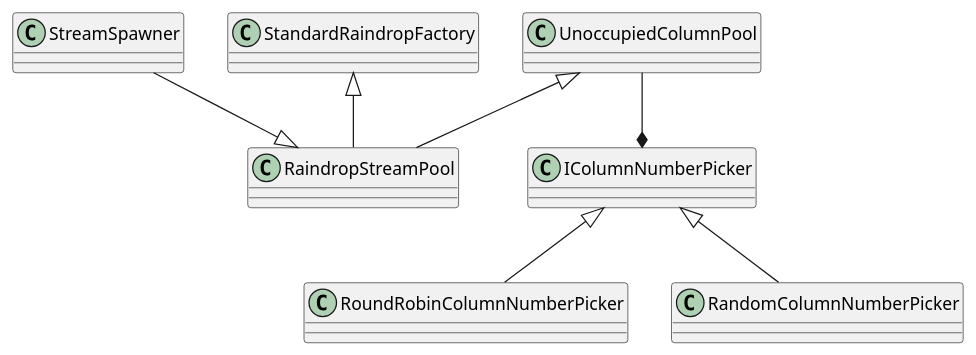
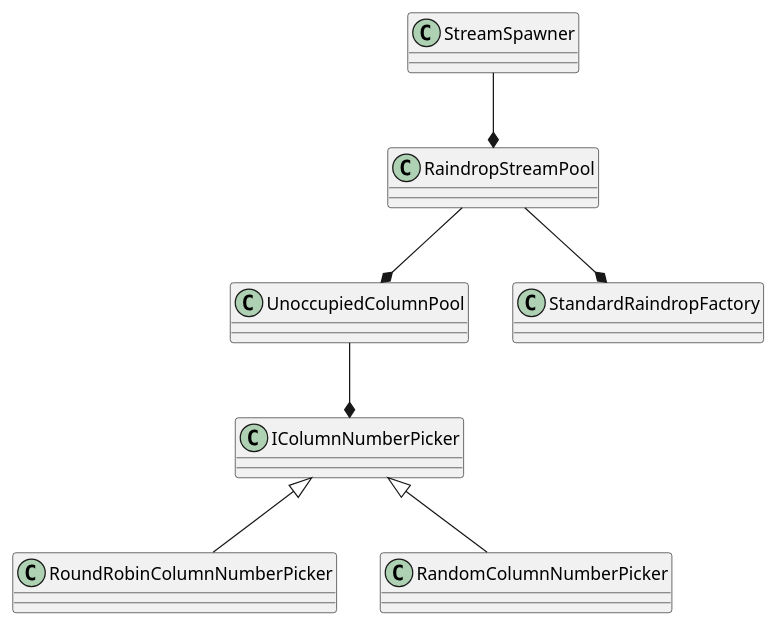
One commit to JamesComo44/DigitalRain changed the diagram in class_diagram.puml. Above: the diagram before and after it, drawn with PlantUML.

```diff
--- a/class_diagram.puml
+++ b/class_diagram.puml
@@ -1,10 +1,10 @@
 @startuml
-StreamSpawner --|> RaindropStreamPool 
+StreamSpawner --* RaindropStreamPool 
 
-UnoccupiedColumnPool <|-- RaindropStreamPool
-StandardRaindropFactory <|-- RaindropStreamPool
+RaindropStreamPool --* UnoccupiedColumnPool
+RaindropStreamPool --* StandardRaindropFactory
 
 UnoccupiedColumnPool --* IColumnNumberPicker
 IColumnNumberPicker <|-- RoundRobinColumnNumberPicker
 IColumnNumberPicker <|-- RandomColumnNumberPicker
 @enduml
```
